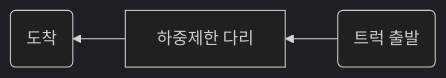
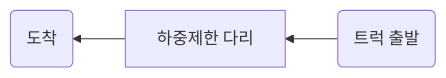
Before and after one commit to gazami99/gazami99.github.io: the first of 2 diagrams in _posts/2022-06-14-알고리즘 연습 [다리를 지나는 트럭].md, drawn with Mermaid.

Commit message:
Update 2022-06-14-알고리즘 연습 [다리를 지나는 트럭].md

````diff
--- a/_posts/2022-06-14-알고리즘 연습 [다리를 지나는 트럭].md
+++ b/_posts/2022-06-14-알고리즘 연습 [다리를 지나는 트럭].md
@@ -14,7 +14,7 @@
 ```mermaid 
     
-%%{init: { 'theme': 'dark' } }%%
-  graph RL
+
+ graph RL
 A(트럭 출발 )-->B[하중제한 다리]
 B-->C(도착) 
 ```
````
